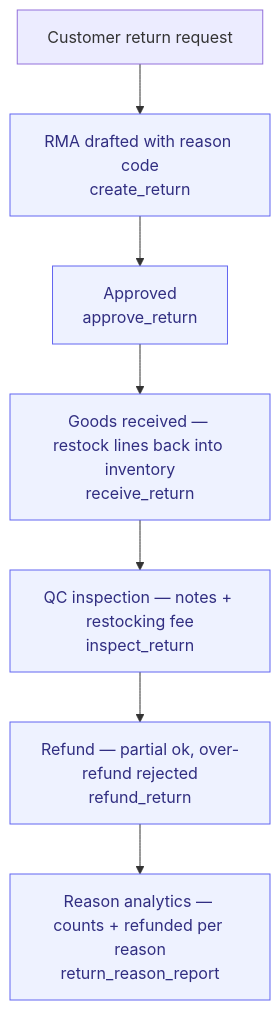
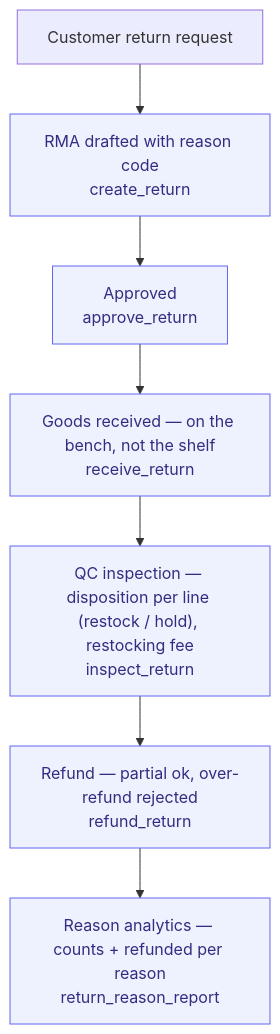
Before and after one commit to flowwink/flowwink: the diagram in docs/processes/return-to-refund.md, drawn with Mermaid. The commit also changed other lines of this file and 11 other files, not shown here.

````diff
--- a/docs/processes/return-to-refund.md
+++ b/docs/processes/return-to-refund.md
@@ -19,12 +19,12 @@
 ```mermaid
 flowchart TD
     A["Customer return request"] --> B["RMA drafted with reason code<br/>create_return"]
     B --> C["Approved<br/>approve_return"]
-    C --> D["Goods received — restock lines back into inventory<br/>receive_return"]
-    D --> E["QC inspection — notes + restocking fee<br/>inspect_return"]
+    C --> D["Goods received — on the bench, not the shelf<br/>receive_return"]
+    D --> E["QC inspection — disposition per line (restock / hold), restocking fee<br/>inspect_return"]
     E --> F["Refund — partial ok, over-refund rejected<br/>refund_return"]
     F --> G["Reason analytics — counts + refunded per reason<br/>return_reason_report"]
 
     classDef agent fill:#eef2ff,stroke:#6366f1,color:#312e81;
     class B,C,D,E,F,G agent
 ```
````
